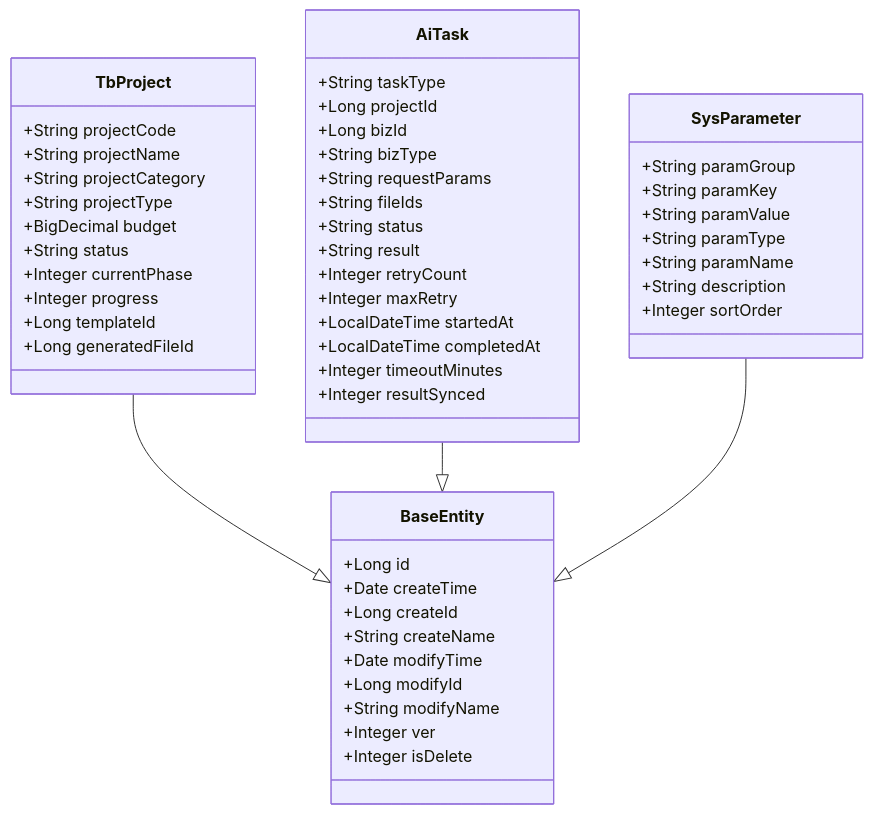
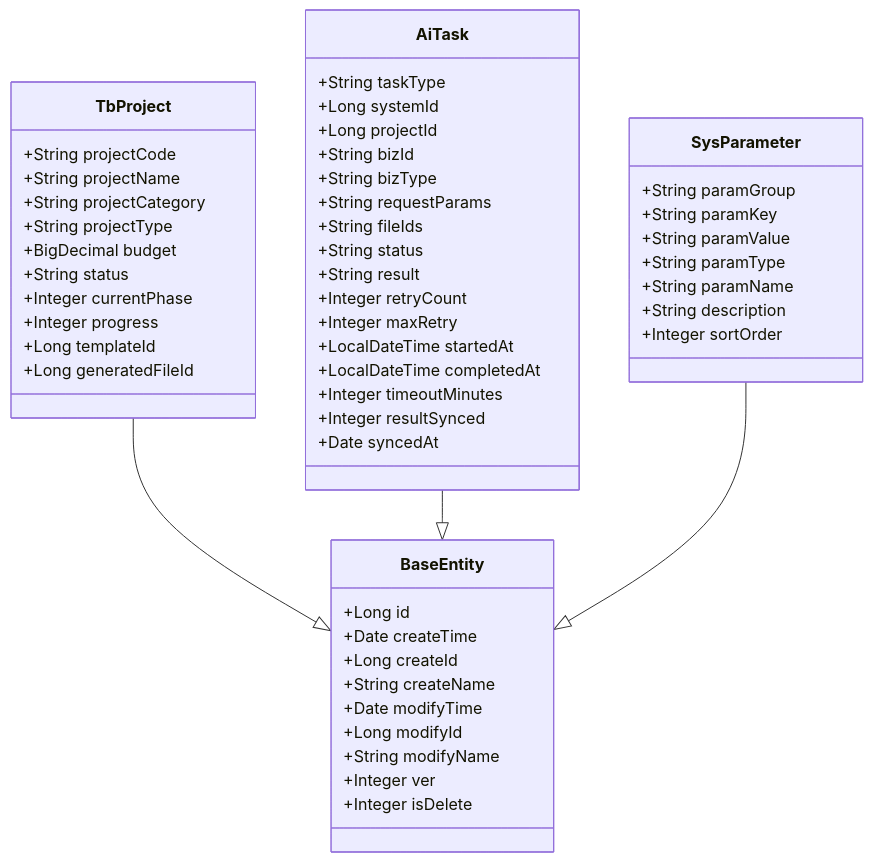
One commit to DrunkFood/First changed the third of 6 diagrams in .qoder/repowiki/zh/content/数据库设计/数据库设计.md. Above: the diagram before and after it, drawn with Mermaid. The commit also changed other lines of this file and 77 other files, not shown here.

````diff
--- a/.qoder/repowiki/zh/content/数据库设计/数据库设计.md
+++ b/.qoder/repowiki/zh/content/数据库设计/数据库设计.md
@@ -197,54 +214,56 @@
 ```mermaid
 classDiagram
 class BaseEntity {
 +Long id
 +Date createTime
 +Long createId
 +String createName
 +Date modifyTime
 +Long modifyId
 +String modifyName
 +Integer ver
 +Integer isDelete
 }
 class TbProject {
 +String projectCode
 +String projectName
 +String projectCategory
 +String projectType
 +BigDecimal budget
 +String status
 +Integer currentPhase
 +Integer progress
 +Long templateId
 +Long generatedFileId
 }
 class AiTask {
 +String taskType
++Long systemId
 +Long projectId
-+Long bizId
++String bizId
 +String bizType
 +String requestParams
 +String fileIds
 +String status
 +String result
 +Integer retryCount
 +Integer maxRetry
 +LocalDateTime startedAt
 +LocalDateTime completedAt
 +Integer timeoutMinutes
 +Integer resultSynced
++Date syncedAt
 }
 class SysParameter {
 +String paramGroup
 +String paramKey
 +String paramValue
 +String paramType
 +String paramName
 +String description
 +Integer sortOrder
 }
 TbProject --|> BaseEntity
 AiTask --|> BaseEntity
 SysParameter --|> BaseEntity
 ```
````
